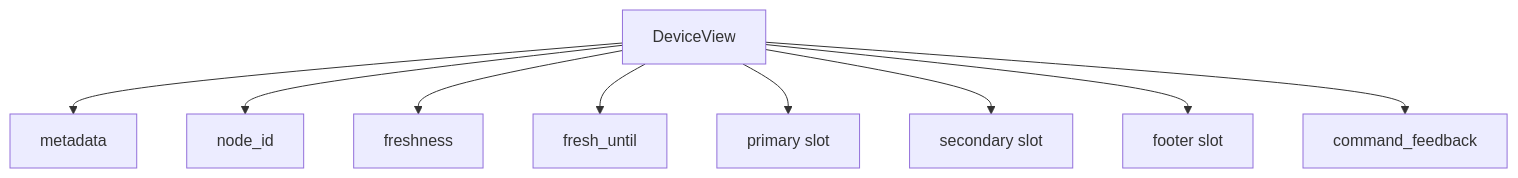
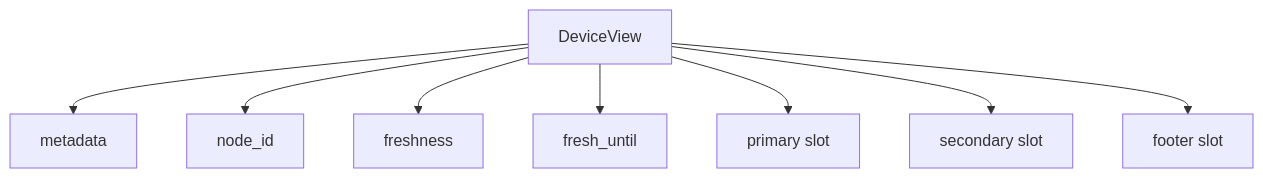
The third of 6 diagrams in docs/design.md (leowzz/orbit), drawn with Mermaid before and after one commit. The commit also changed other lines of this file, not shown here.

````diff
--- a/docs/design.md
+++ b/docs/design.md
@@ -264,21 +346,19 @@
 ```mermaid
 flowchart TD
     View[DeviceView]
     Metadata[metadata]
     NodeID[node_id]
     Freshness[freshness]
     FreshUntil[fresh_until]
     Primary[primary slot]
     Secondary[secondary slot]
     Footer[footer slot]
-    Feedback[command_feedback]
 
     View --> Metadata
     View --> NodeID
     View --> Freshness
     View --> FreshUntil
     View --> Primary
     View --> Secondary
     View --> Footer
-    View --> Feedback
 ```
````
